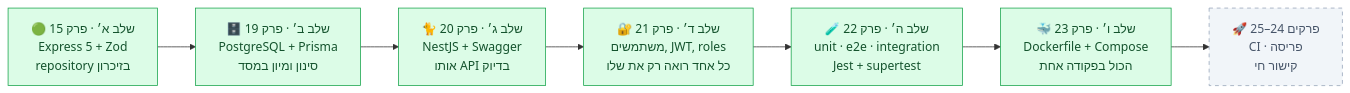
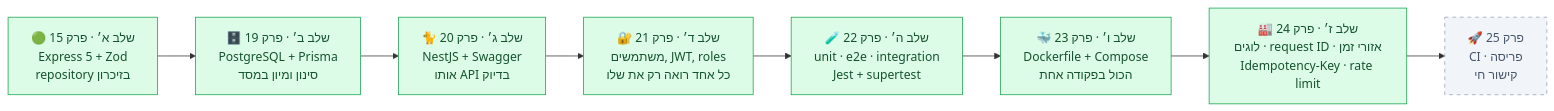
Before and after one commit to yeudaba/backend-course-he: the second of 4 diagrams in README.md, drawn with Mermaid. The commit also changed other lines of this file and 2 other files, not shown here.

First line of the commit message:
README ו־HANDOFF: פרק 24 ושלב ז׳ של פרויקט 2

````diff
--- a/README.md
+++ b/README.md
@@ -227,11 +228,12 @@
 ```mermaid
 flowchart LR
   A["🟢 שלב א׳ · פרק 15<br/>Express 5 + Zod<br/>repository בזיכרון"]:::done --> B["🗄️ שלב ב׳ · פרק 19<br/>PostgreSQL + Prisma<br/>סינון ומיון במסד"]:::done
   B --> C["🐈 שלב ג׳ · פרק 20<br/>NestJS + Swagger<br/>אותו API בדיוק"]:::done
   C --> D["🔐 שלב ד׳ · פרק 21<br/>משתמשים, JWT, roles<br/>כל אחד רואה רק את שלו"]:::done
   D --> E["🧪 שלב ה׳ · פרק 22<br/>unit · e2e · integration<br/>Jest + supertest"]:::done
   E --> F["🐳 שלב ו׳ · פרק 23<br/>Dockerfile + Compose<br/>הכול בפקודה אחת"]:::done
-  F --> G["🚀 פרקים 24–25<br/>CI · פריסה<br/>קישור חי"]:::planned
+  F --> G["🏭 שלב ז׳ · פרק 24<br/>לוגים · request ID · אזורי זמן<br/>Idempotency-Key · rate limit"]:::done
+  G --> H["🚀 פרק 25<br/>CI · פריסה<br/>קישור חי"]:::planned
   classDef done fill:#dcfce7,stroke:#16a34a,color:#14532d
   classDef planned fill:#f1f5f9,stroke:#94a3b8,color:#475569,stroke-dasharray: 5 5
 ```
````
